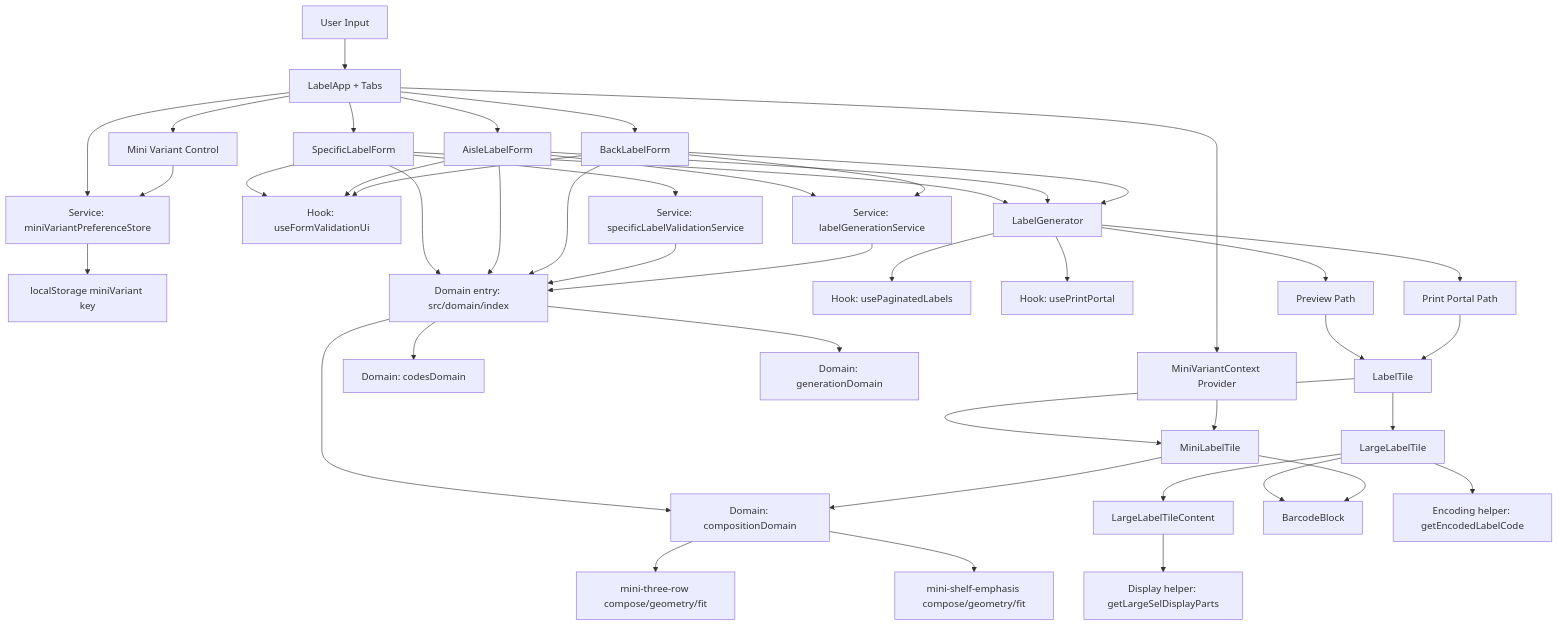
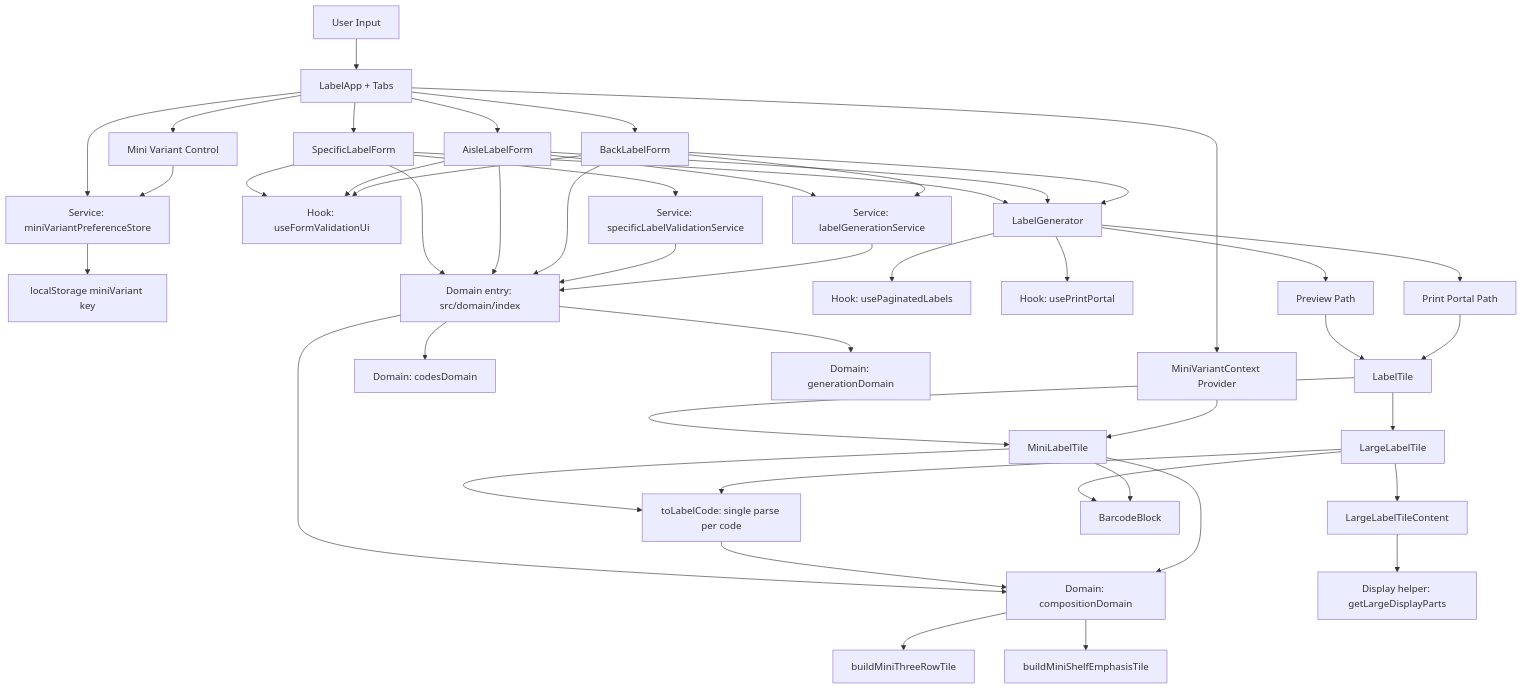
The diagram in README.md (TonyGorman/barcode-generator), drawn with Mermaid before and after one commit. The commit also changed other lines of this file and 21 other files, not shown here.

````diff
--- a/README.md
+++ b/README.md
@@ -165,57 +165,59 @@
 ```mermaid
 flowchart TD
   U[User Input] --> A[LabelApp + Tabs]
   A --> MVU[Mini Variant Control]
   A --> SF[SpecificLabelForm]
   A --> AF[AisleLabelForm]
   A --> BF[BackLabelForm]
 
   A --> MPS[Service: miniVariantPreferenceStore]
   MPS --> ST[localStorage miniVariant key]
   A --> MVC[MiniVariantContext Provider]
   MVU --> MPS
 
   SF --> HUI[Hook: useFormValidationUi]
   AF --> HUI
   BF --> HUI
 
   SF --> SVS[Service: specificLabelValidationService]
   AF --> LGS[Service: labelGenerationService]
   BF --> LGS
 
   SF --> DI[Domain entry: src/domain/index]
   AF --> DI
   BF --> DI
   SVS --> DI
   LGS --> DI
 
   DI --> CD[Domain: codesDomain]
   DI --> GD[Domain: generationDomain]
   DI --> CMP[Domain: compositionDomain]
 
   SF --> LG[LabelGenerator]
   AF --> LG
   BF --> LG
 
   LG --> UP[Hook: usePaginatedLabels]
   LG --> UPP[Hook: usePrintPortal]
   LG --> PL[Preview Path]
   LG --> PR[Print Portal Path]
 
   PL --> LT[LabelTile]
   PR --> LT
 
   LT --> MLT[MiniLabelTile]
   LT --> LLT[LargeLabelTile]
 
   MVC --> MLT
+  MLT --> TLC[toLabelCode: single parse per code]
+  TLC --> CMP
   MLT --> CMP
-  CMP --> M3[mini-three-row compose/geometry/fit]
-  CMP --> MS[mini-shelf-emphasis compose/geometry/fit]
+  CMP --> M3[buildMiniThreeRowTile]
+  CMP --> MS[buildMiniShelfEmphasisTile]
 
+  LLT --> TLC
   LLT --> LLC[LargeLabelTileContent]
   LLT --> BBC[BarcodeBlock]
-  LLC --> DH[Display helper: getLargeSelDisplayParts]
-  LLT --> EB[Encoding helper: getEncodedLabelCode]
+  LLC --> DH[Display helper: getLargeDisplayParts]
   MLT --> BBC
 ```
````
